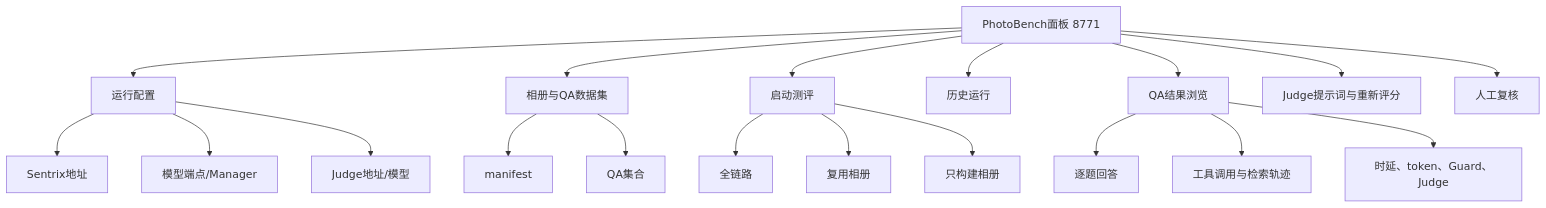
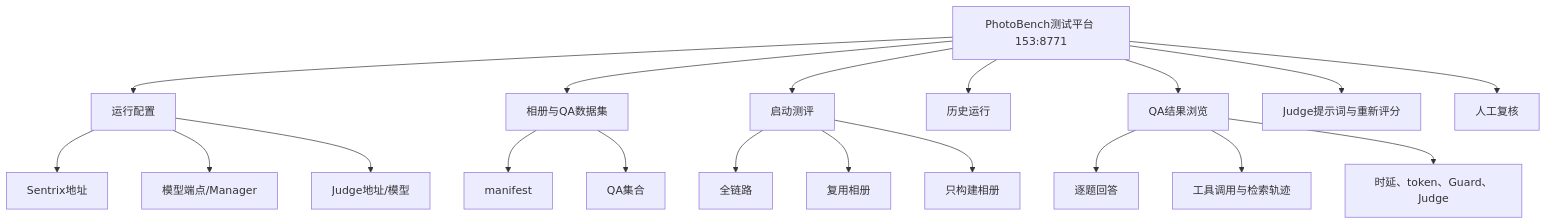
One commit to yuxi1996/sentrix-home-test changed the third of 12 diagrams in docs/project-introduction-and-evaluation-guide.md. Above: the diagram before and after it, drawn with Mermaid. The commit also changed other lines of this file and 1 other file, not shown here.

Commit message:
docs: clarify three-layer system architecture

````diff
--- a/docs/project-introduction-and-evaluation-guide.md
+++ b/docs/project-introduction-and-evaluation-guide.md
@@ -43,22 +97,22 @@
 ```mermaid
 flowchart TB
-    P[PhotoBench面板 8771]
+    P[PhotoBench测试平台 153:8771]
     P --> C[运行配置]
     P --> D[相册与QA数据集]
     P --> R[启动测评]
     P --> H[历史运行]
     P --> Q[QA结果浏览]
     P --> J[Judge提示词与重新评分]
     P --> V[人工复核]
     C --> C1[Sentrix地址]
     C --> C2[模型端点/Manager]
     C --> C3[Judge地址/模型]
     D --> D1[manifest]
     D --> D2[QA集合]
     R --> R1[全链路]
     R --> R2[复用相册]
     R --> R3[只构建相册]
     Q --> Q1[逐题回答]
     Q --> Q2[工具调用与检索轨迹]
     Q --> Q3[时延、token、Guard、Judge]
 ```
````
